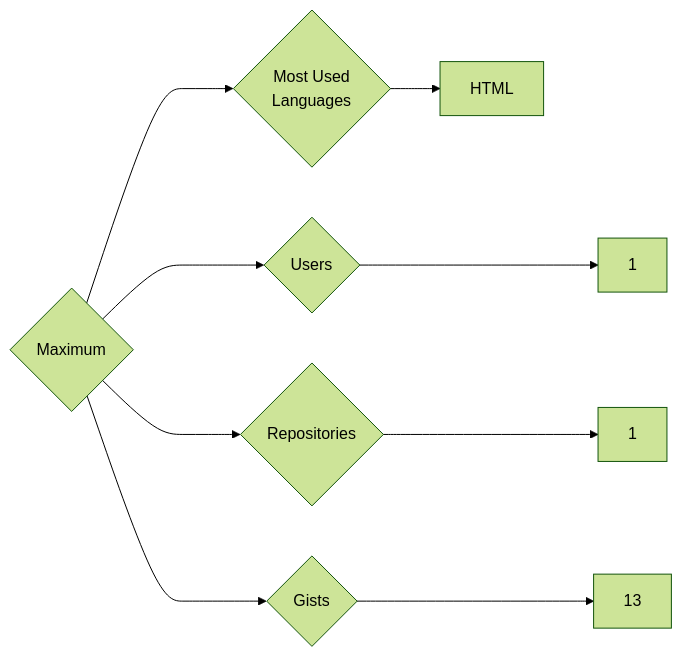
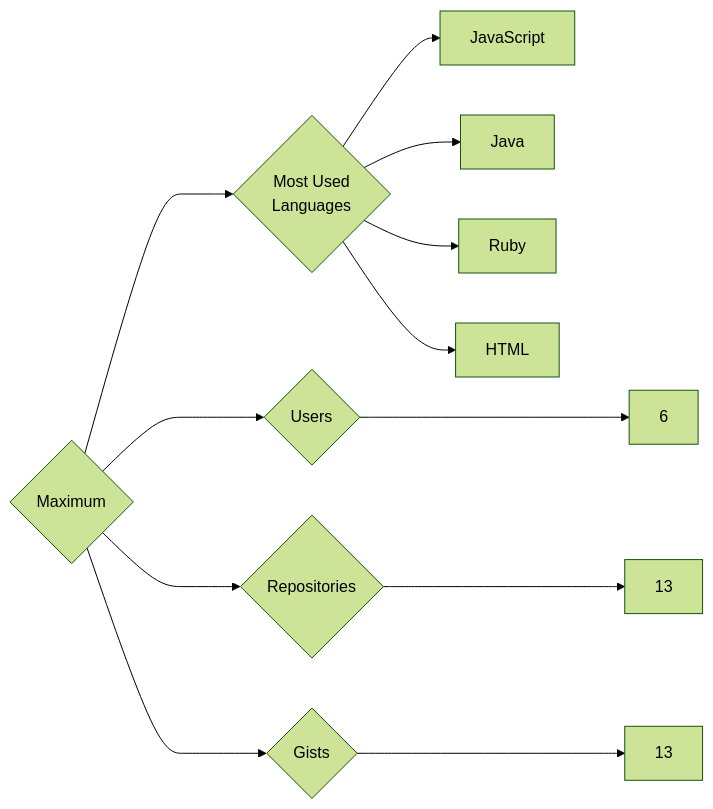
One commit to trickest/insiders changed the diagram in targets/Maximum/README.md. Above: the diagram before and after it, drawn with Mermaid (forest theme). The commit also changed 748 other files, not shown here.

````diff
--- a/targets/Maximum/README.md
+++ b/targets/Maximum/README.md
@@ -3,9 +3,12 @@
 ```mermaid
 graph LR
 COMPANY_NAME{Maximum}
-COMPANY_NAME ---> U{Users} ---> UN[1]
-COMPANY_NAME ---> R{Repositories} ---> RN[1]
+COMPANY_NAME ---> U{Users} ---> UN[6]
+COMPANY_NAME ---> R{Repositories} ---> RN[13]
 COMPANY_NAME ---> G{Gists} ---> GN[13]
 COMPANY_NAME ---> ML{Most Used<br>Languages}
+ML --> JavaScript[JavaScript]
+ML --> Java[Java]
+ML --> Ruby[Ruby]
 ML --> HTML[HTML]
 ```
````
